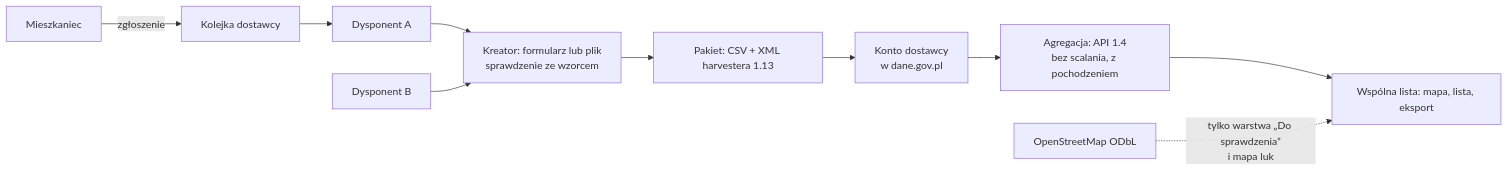
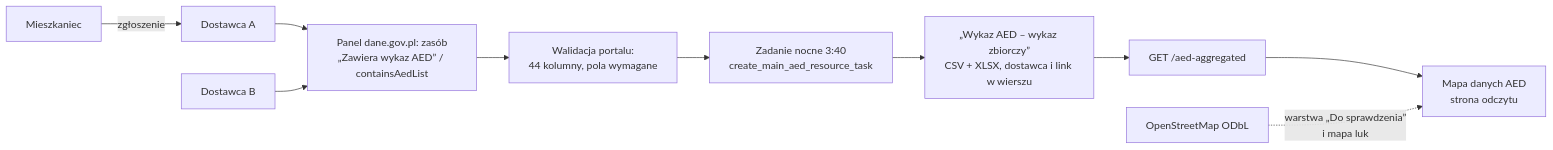
The diagram in README.md (Serafin21/misja-aed), drawn with Mermaid before and after one commit. The commit also changed other lines of this file and 4 other files, not shown here.

First line of the commit message:
Teksty pod rdzeń CR-TL-9: SUBMISSION (MKS, linki), README, INSTRUKCJA_DLA_JURY w krokach, portal/cms/wykaz_aed.md (strona CMS „Wykaz AED – punkt informacyjny”)

````diff
--- a/README.md
+++ b/README.md
@@ -73,11 +82,11 @@
 ```mermaid
 flowchart LR
-  D1[Dysponent A] & D2[Dysponent B] --> K[Kreator: formularz lub plik<br/>sprawdzenie ze wzorcem]
-  K --> P[Pakiet: CSV + XML harvestera 1.13]
-  P --> DGP[Konto dostawcy<br/>w dane.gov.pl]
-  DGP --> AG[Agregacja: API 1.4<br/>bez scalania, z pochodzeniem]
-  AG --> L[Wspólna lista: mapa, lista, eksport]
-  M[Mieszkaniec] -- zgłoszenie --> Q[Kolejka dostawcy]
-  Q --> D1
-  O[OpenStreetMap ODbL] -. tylko warstwa „Do sprawdzenia”<br/>i mapa luk .-> L
+  D1[Dostawca A] & D2[Dostawca B] --> P["Panel dane.gov.pl: zasób<br/>„Zawiera wykaz AED” / containsAedList"]
+  P --> V[Walidacja portalu:<br/>44 kolumny, pola wymagane]
+  V --> T["Zadanie nocne 3:40<br/>create_main_aed_resource_task"]
+  T --> W["„Wykaz AED – wykaz zbiorczy”<br/>CSV + XLSX, dostawca i link w wierszu"]
+  W --> API[GET /aed-aggregated]
+  API --> M[Mapa danych AED<br/>strona odczytu]
+  R[Mieszkaniec] -- zgłoszenie --> D1
+  O[OpenStreetMap ODbL] -. warstwa „Do sprawdzenia”<br/>i mapa luk .-> M
 ```
````
